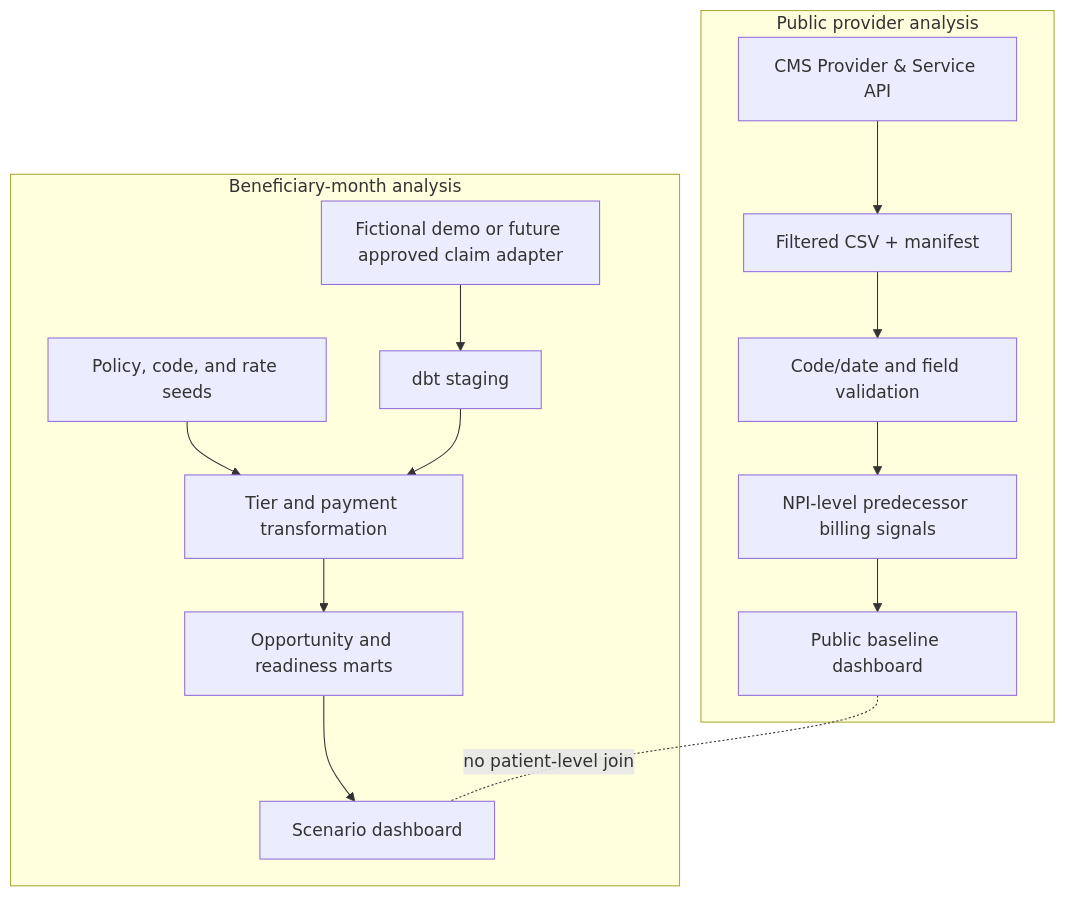
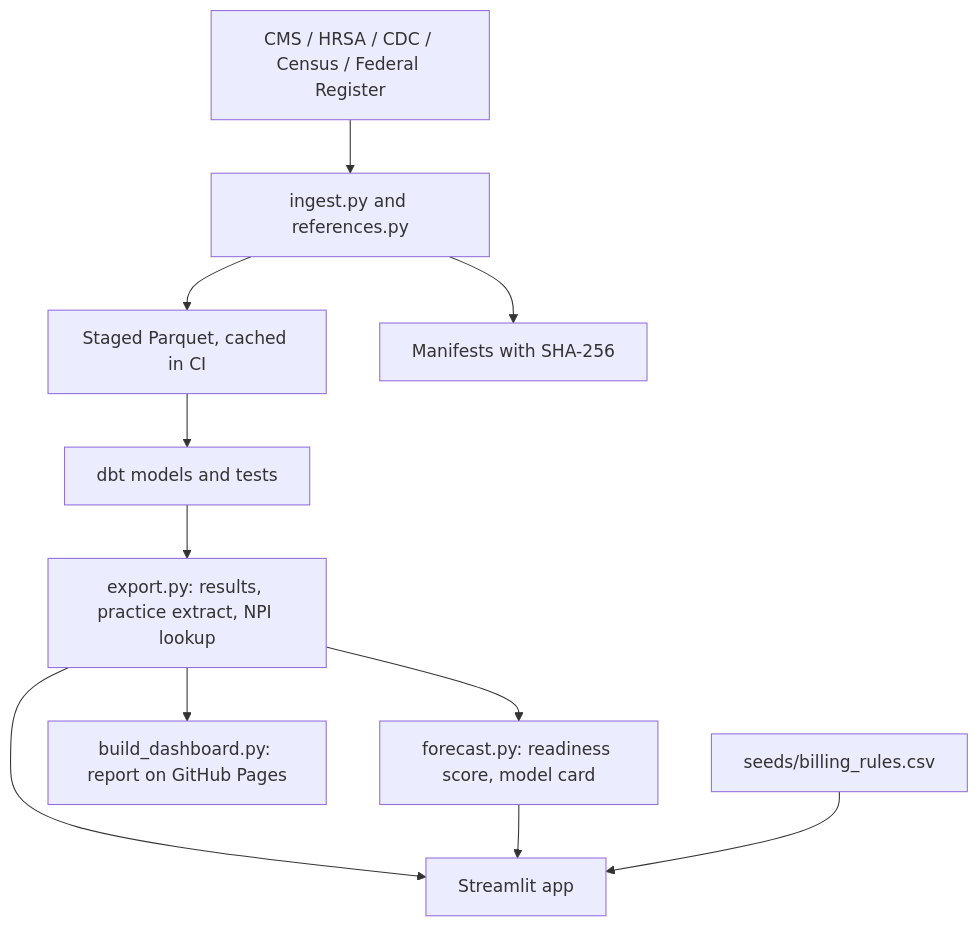
Before and after one commit to anandiganguli97/apcm-opportunity: the diagram in docs/architecture.md, drawn with Mermaid. The commit also changed other lines of this file and 125 other files, not shown here.

First line of the commit message:
APCM Readiness Atlas: national readiness analysis, forecast, app and dashboard

````diff
--- a/docs/architecture.md
+++ b/docs/architecture.md
@@ -22,16 +22,13 @@
 ```mermaid
 flowchart TD
-  subgraph Public provider analysis
-    A[CMS Provider & Service API] --> B[Filtered CSV + manifest]
-    B --> C[Code/date and field validation]
-    C --> D[NPI-level predecessor billing signals]
-    D --> E[Public baseline dashboard]
-  end
-  subgraph Beneficiary-month analysis
-    F[Fictional demo or future approved claim adapter] --> G[dbt staging]
-    H[Policy, code, and rate seeds] --> I[Tier and payment transformation]
-    G --> I --> J[Opportunity and readiness marts]
-    J --> K[Scenario dashboard]
-  end
-  E -. no patient-level join .- K
+  A[CMS / HRSA / CDC / Census / Federal Register] --> B[ingest.py and references.py]
+  B --> C[Staged Parquet, cached in CI]
+  B --> M[Manifests with SHA-256]
+  C --> D[dbt models and tests]
+  D --> E[export.py: results, practice extract, NPI lookup]
+  E --> F[forecast.py: readiness score, model card]
+  E --> G[build_dashboard.py: report on GitHub Pages]
+  E --> H[Streamlit app]
+  F --> H
+  R[seeds/billing_rules.csv] --> H
 ```
````
